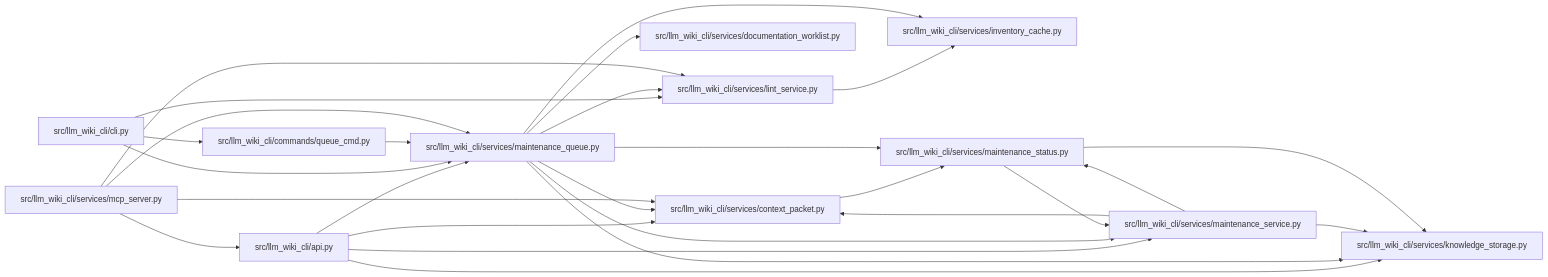
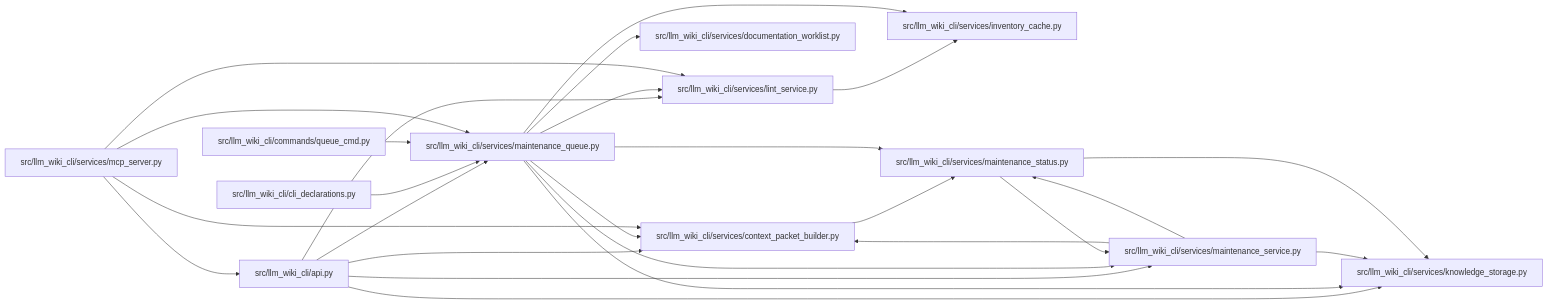
One commit to Denissvgn/python-wiki-llm changed the diagram in docs/llm_wiki/modules/maintenance_queue.md. Above: the diagram before and after it, drawn with Mermaid. The commit also changed other lines of this file and 1555 other files, not shown here.

````diff
--- a/docs/llm_wiki/modules/maintenance_queue.md
+++ b/docs/llm_wiki/modules/maintenance_queue.md
@@ -42,53 +42,52 @@
 ```mermaid
 flowchart LR
     n0["src/llm_wiki_cli/api.py"]
-    n1["src/llm_wiki_cli/cli.py"]
+    n1["src/llm_wiki_cli/cli_declarations.py"]
     n2["src/llm_wiki_cli/commands/queue_cmd.py"]
-    n3["src/llm_wiki_cli/services/context_packet.py"]
+    n3["src/llm_wiki_cli/services/context_packet_builder.py"]
     n4["src/llm_wiki_cli/services/documentation_worklist.py"]
     n5["src/llm_wiki_cli/services/inventory_cache.py"]
     n6["src/llm_wiki_cli/services/knowledge_storage.py"]
     n7["src/llm_wiki_cli/services/lint_service.py"]
     n8["src/llm_wiki_cli/services/maintenance_queue.py"]
     n9["src/llm_wiki_cli/services/maintenance_service.py"]
     n10["src/llm_wiki_cli/services/maintenance_status.py"]
     n11["src/llm_wiki_cli/services/mcp_server.py"]
     n0 --> n3
     n0 --> n6
+    n0 --> n7
     n0 --> n8
     n0 --> n9
-    n1 --> n2
-    n1 --> n7
     n1 --> n8
     n2 --> n8
     n3 --> n10
     n7 --> n5
     n8 --> n3
     n8 --> n4
     n8 --> n5
     n8 --> n6
     n8 --> n7
     n8 --> n9
     n8 --> n10
     n9 --> n3
     n9 --> n6
     n9 --> n10
     n10 --> n6
     n10 --> n9
     n11 --> n0
     n11 --> n3
     n11 --> n7
     n11 --> n8
     click n0 "../modules/api.md"
-    click n1 "../modules/cli.md"
+    click n1 "../modules/cli_declarations.md"
     click n2 "../modules/queue_cmd.md"
-    click n3 "../modules/context_packet.md"
+    click n3 "../modules/context_packet_builder.md"
     click n4 "../modules/documentation_worklist.md"
     click n5 "../modules/inventory_cache.md"
     click n6 "../modules/knowledge_storage.md"
     click n7 "../modules/lint_service.md"
     click n8 "../modules/maintenance_queue.md"
     click n9 "../modules/maintenance_service.md"
     click n10 "../modules/maintenance_status.md"
     click n11 "../modules/mcp_server.md"
 ```
````
